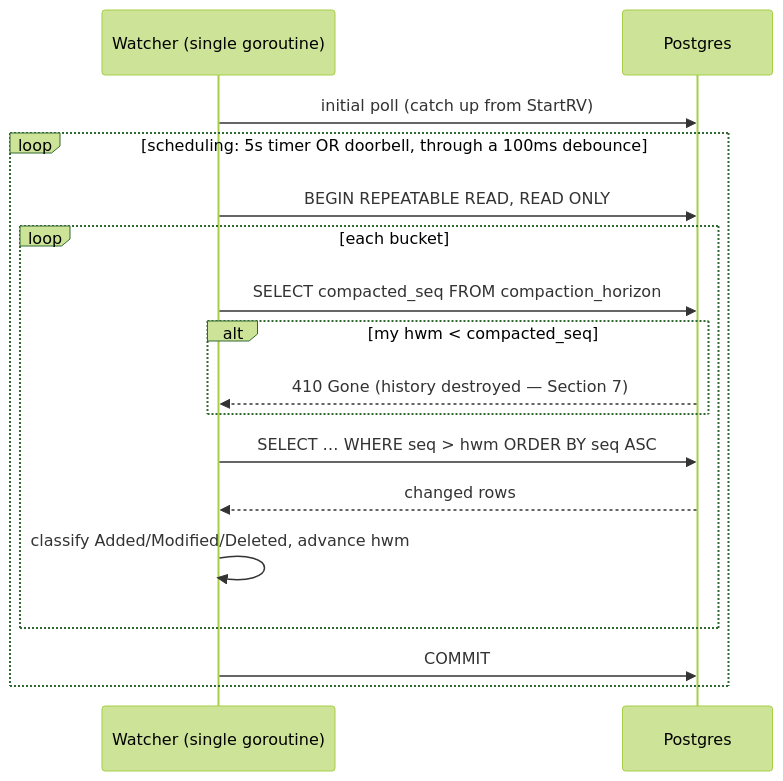
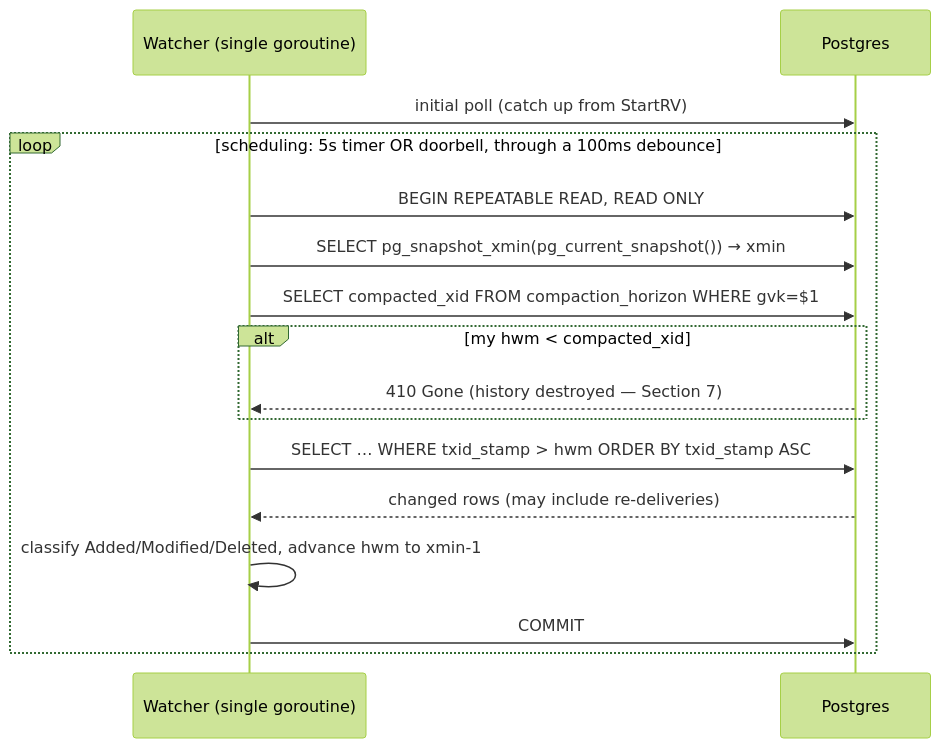
One commit to jmelis/postgres-controller-backend changed the second of 4 diagrams in WALKTHROUGH.md. Above: the diagram before and after it, drawn with Mermaid (forest theme). The commit also changed other lines of this file and 96 other files, not shown here.

First line of the commit message:
Refactor from bucket-based approach to native snapshot-based versioning (#17)

````diff
--- a/WALKTHROUGH.md
+++ b/WALKTHROUGH.md
@@ -280,19 +270,18 @@
 ```mermaid
 sequenceDiagram
     participant W as Watcher (single goroutine)
     participant DB as Postgres
     W->>DB: initial poll (catch up from StartRV)
     loop scheduling: 5s timer OR doorbell, through a 100ms debounce
         W->>DB: BEGIN REPEATABLE READ, READ ONLY
-        loop each bucket
-            W->>DB: SELECT compacted_seq FROM compaction_horizon
-            alt my hwm < compacted_seq
-                DB-->>W: 410 Gone (history destroyed — Section 7)
-            end
-            W->>DB: SELECT … WHERE seq > hwm ORDER BY seq ASC
-            DB-->>W: changed rows
-            W->>W: classify Added/Modified/Deleted, advance hwm
+        W->>DB: SELECT pg_snapshot_xmin(pg_current_snapshot()) → xmin
+        W->>DB: SELECT compacted_xid FROM compaction_horizon WHERE gvk=$1
+        alt my hwm < compacted_xid
+            DB-->>W: 410 Gone (history destroyed — Section 7)
         end
+        W->>DB: SELECT … WHERE txid_stamp > hwm ORDER BY txid_stamp ASC
+        DB-->>W: changed rows (may include re-deliveries)
+        W->>W: classify Added/Modified/Deleted, advance hwm to xmin-1
         W->>DB: COMMIT
     end
 ```
````
